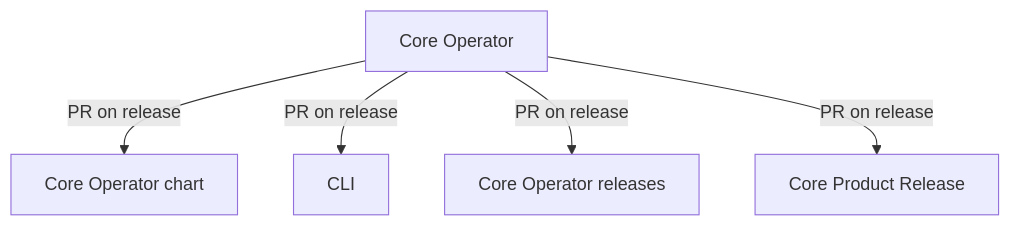
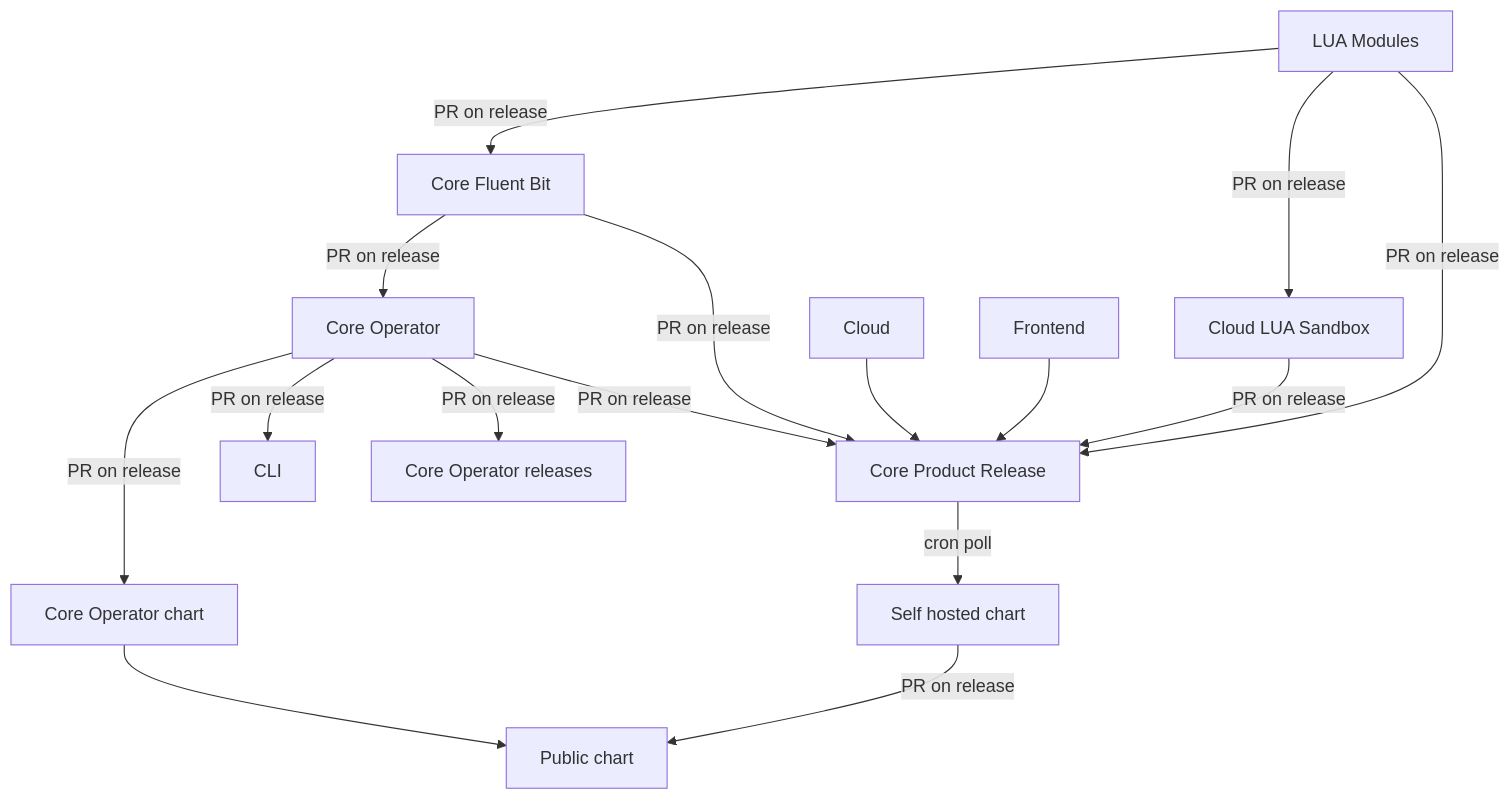
Before and after one commit to chronosphereio/calyptia-core-product-release: the diagram in README.md, drawn with Mermaid. The commit also changed other lines of this file, not shown here.

Commit message:
docs: add test image

````diff
--- a/README.md
+++ b/README.md
@@ -22,7 +11,23 @@
 ```mermaid
 graph TD;
+   LM[LUA Modules]-- PR on release -->CFB[Core Fluent Bit];
+   LM[LUA Modules]-- PR on release -->CLS[Cloud LUA Sandbox];
+   LM[LUA Modules]-- PR on release -->CPR[Core Product Release];
+
+   CFB[Core Fluent Bit]-- PR on release -->CO[Core Operator];
+   CFB[Core Fluent Bit]-- PR on release -->CPR[Core Product Release];
+
    CO[Core Operator]-- PR on release -->COC[Core Operator chart];
    CO[Core Operator]-- PR on release -->CLI;
    CO[Core Operator]-- PR on release -->COR[Core Operator releases];
    CO[Core Operator]-- PR on release -->CPR[Core Product Release];
+
+   COC[Core Operator chart]-->PC[Public chart];
+
+   Cloud-->CPR[Core Product Release];
+   Frontend-->CPR[Core Product Release];
+   CLS[Cloud LUA Sandbox]-- PR on release -->CPR[Core Product Release];
+
+   CPR[Core Product Release]-- cron poll -->SHC[Self hosted chart];
+   SHC[Self hosted chart]-- PR on release -->PC[Public chart];
 ```
````
